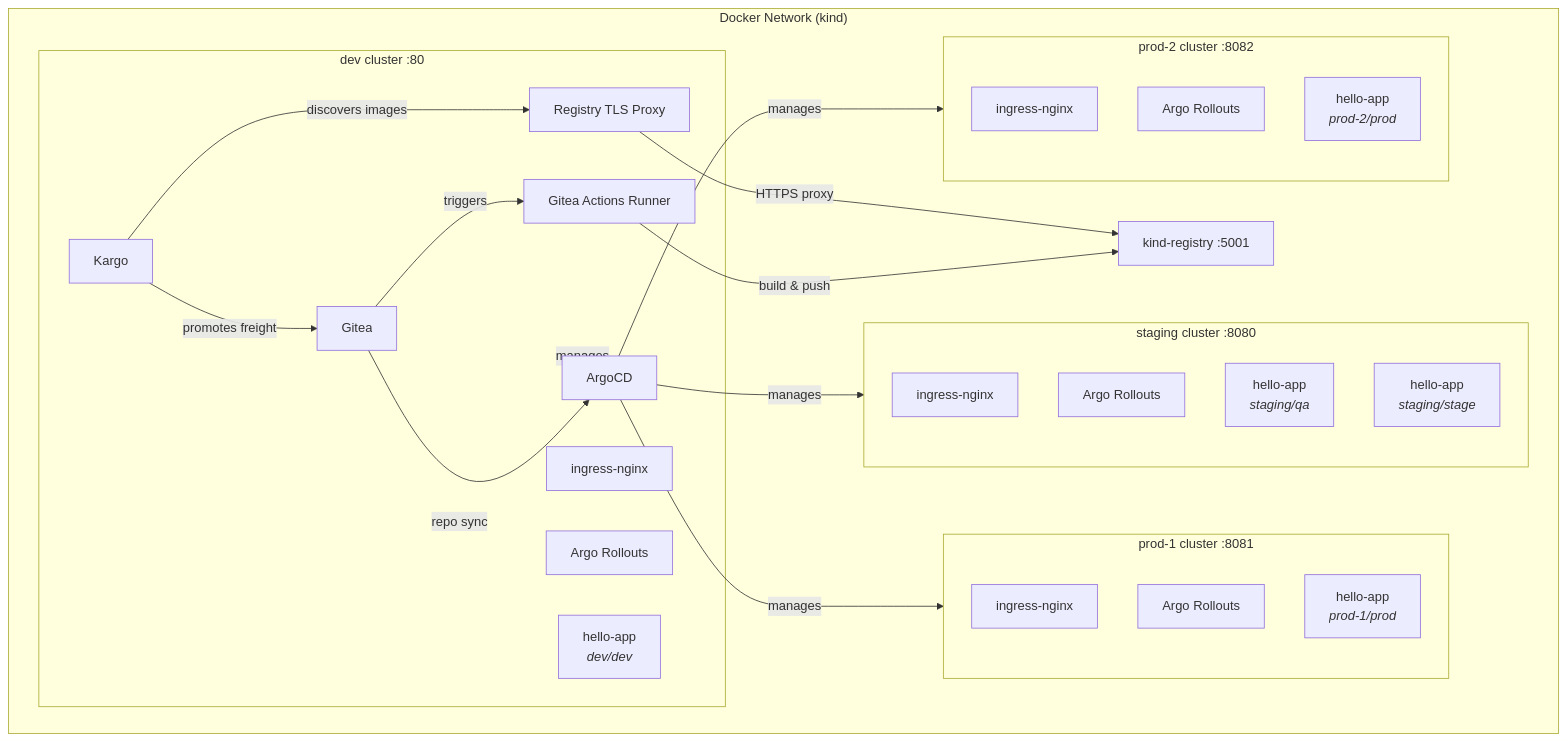
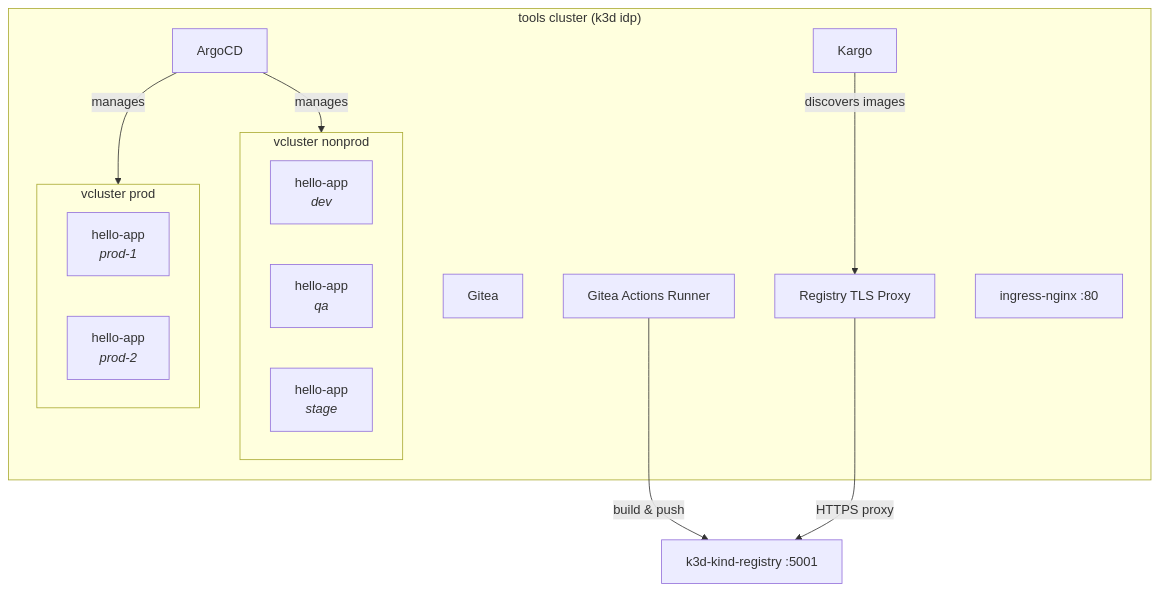
The diagram in README.md (pedrobarco/idp), drawn with Mermaid before and after one commit. The commit also changed other lines of this file and 96 other files, not shown here.

````diff
--- a/README.md
+++ b/README.md
@@ -21,48 +21,26 @@
 ```mermaid
 graph TB
-    subgraph docker["Docker Network (kind)"]
-
-        subgraph dev["dev cluster :80"]
-            ArgoCD
-            Gitea
-            Kargo
-            runner[Gitea Actions Runner]
-            tls_proxy[Registry TLS Proxy]
-            nginx_dev[ingress-nginx]
-            rollouts_dev[Argo Rollouts]
-            app_dev[hello-app<br/><i>dev/dev</i>]
+    subgraph tools["tools cluster (k3d idp)"]
+        ArgoCD
+        Gitea
+        Kargo
+        runner[Gitea Actions Runner]
+        tls_proxy[Registry TLS Proxy]
+        nginx[ingress-nginx :80]
+        subgraph nonprod["vcluster nonprod"]
+            app_dev[hello-app<br/><i>dev</i>]
+            app_qa[hello-app<br/><i>qa</i>]
+            app_stage[hello-app<br/><i>stage</i>]
         end
-
-        subgraph staging["staging cluster :8080"]
-            nginx_stg[ingress-nginx]
-            rollouts_stg[Argo Rollouts]
-            app_qa[hello-app<br/><i>staging/qa</i>]
-            app_stage[hello-app<br/><i>staging/stage</i>]
+        subgraph prod["vcluster prod"]
+            app_p1[hello-app<br/><i>prod-1</i>]
+            app_p2[hello-app<br/><i>prod-2</i>]
         end
-
-        subgraph prod1["prod-1 cluster :8081"]
-            nginx_p1[ingress-nginx]
-            rollouts_p1[Argo Rollouts]
-            app_p1[hello-app<br/><i>prod-1/prod</i>]
-        end
-
-        subgraph prod2["prod-2 cluster :8082"]
-            nginx_p2[ingress-nginx]
-            rollouts_p2[Argo Rollouts]
-            app_p2[hello-app<br/><i>prod-2/prod</i>]
-        end
-
-        registry["kind-registry :5001"]
     end
-
-    Gitea -- "repo sync" --> ArgoCD
-    Gitea -- "triggers" --> runner
+    registry["k3d-kind-registry :5001"]
     runner -- "build & push" --> registry
     tls_proxy -- "HTTPS proxy" --> registry
     Kargo -- "discovers images" --> tls_proxy
-    Kargo -- "promotes freight" --> Gitea
-    ArgoCD -- "manages" --> dev
-    ArgoCD -- "manages" --> staging
-    ArgoCD -- "manages" --> prod1
-    ArgoCD -- "manages" --> prod2
+    ArgoCD -- "manages" --> nonprod
+    ArgoCD -- "manages" --> prod
 ```
````
